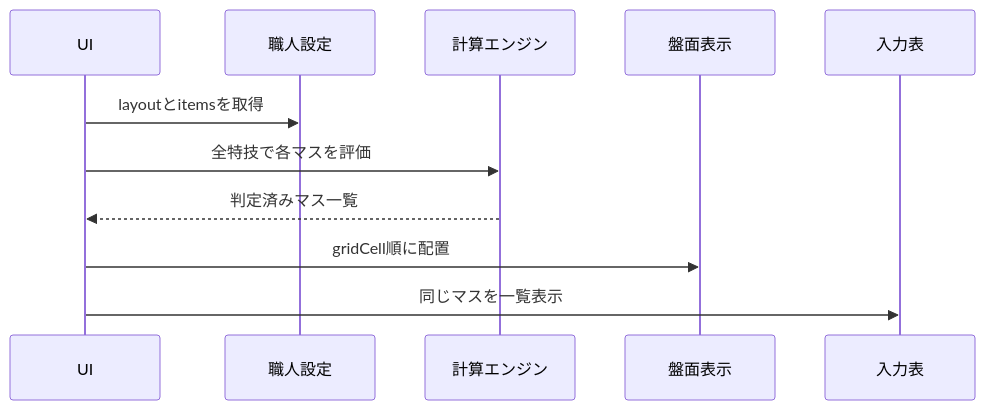
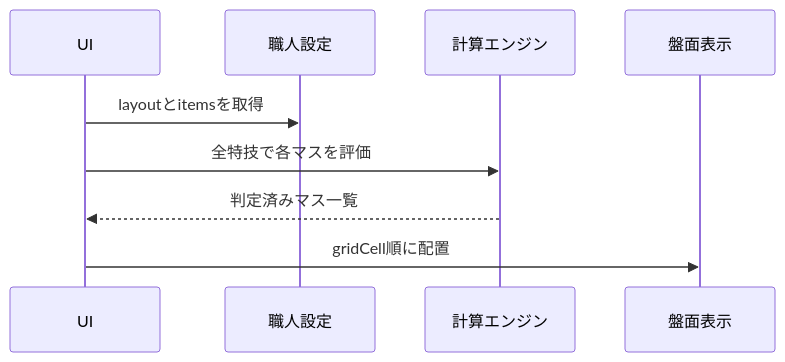
Before and after one commit to kwdch013/crafting_dq10: the diagram in docs/design/05-display-layout.md, drawn with Mermaid. The commit also changed other lines of this file and 14 other files, not shown here.

````diff
--- a/docs/design/05-display-layout.md
+++ b/docs/design/05-display-layout.md
@@ -98,14 +98,12 @@
 ```mermaid
 sequenceDiagram
   participant UI as UI
   participant Config as 職人設定
   participant Engine as 計算エンジン
   participant Board as 盤面表示
-  participant Table as 入力表
 
   UI->>Config: layoutとitemsを取得
   UI->>Engine: 全特技で各マスを評価
   Engine-->>UI: 判定済みマス一覧
   UI->>Board: gridCell順に配置
-  UI->>Table: 同じマスを一覧表示
 ```
````
